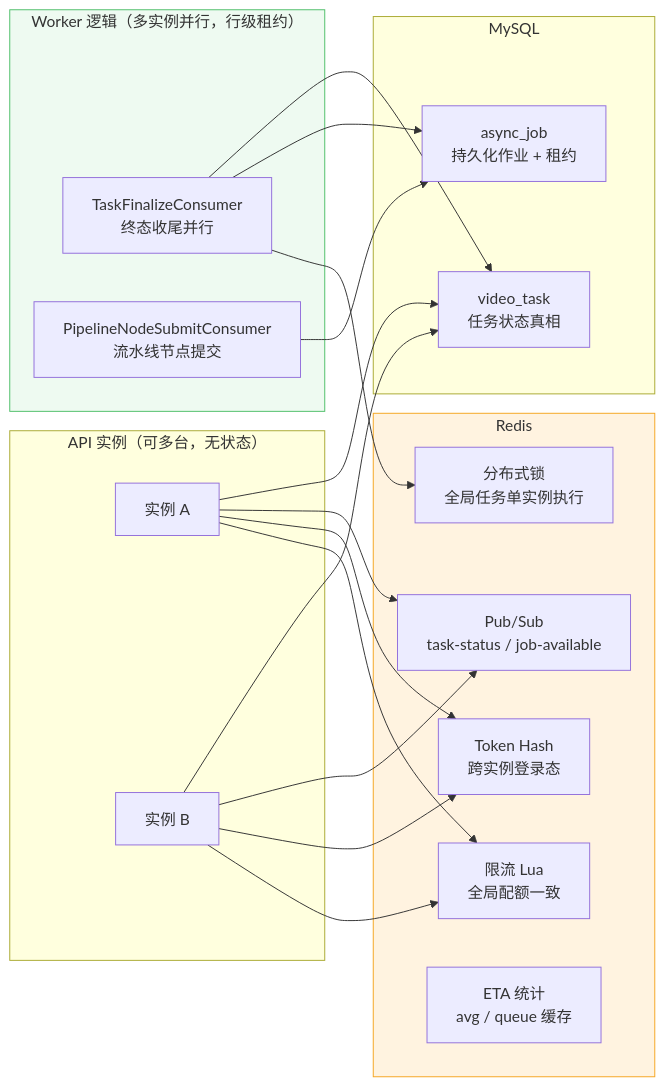
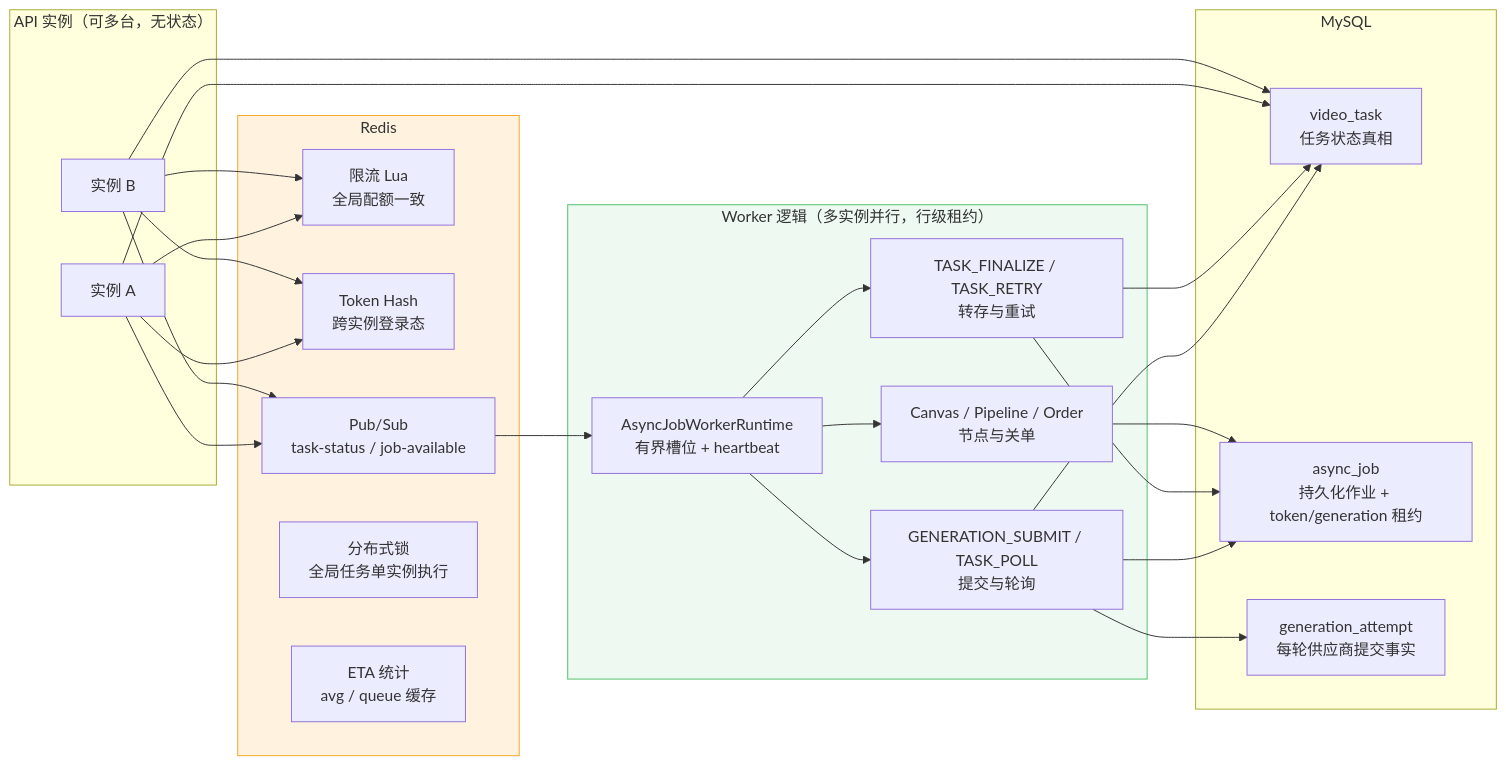
Before and after one commit to rain10200918/SeedanceGenarate: the third of 4 diagrams in README.md, drawn with Mermaid. The commit also changed other lines of this file and 3 other files, not shown here.

````diff
--- a/README.md
+++ b/README.md
@@ -202,41 +227,50 @@
 ```mermaid
 flowchart LR
     subgraph API["API 实例（可多台，无状态）"]
         A1["实例 A"]
         A2["实例 B"]
     end
 
     subgraph REDIS["Redis"]
         R1["限流 Lua<br/>全局配额一致"]
         R2["Token Hash<br/>跨实例登录态"]
         R3["Pub/Sub<br/>task-status / job-available"]
         R4["分布式锁<br/>全局任务单实例执行"]
         R5["ETA 统计<br/>avg / queue 缓存"]
     end
 
     subgraph WORKER["Worker 逻辑（多实例并行，行级租约）"]
-        W1["TaskFinalizeConsumer<br/>终态收尾并行"]
-        W2["PipelineNodeSubmitConsumer<br/>流水线节点提交"]
+        W0["AsyncJobWorkerRuntime<br/>有界槽位 + heartbeat"]
+        W1["GENERATION_SUBMIT / TASK_POLL<br/>提交与轮询"]
+        W2["TASK_FINALIZE / TASK_RETRY<br/>转存与重试"]
+        W3["Canvas / Pipeline / Order<br/>节点与关单"]
     end
 
     subgraph DB["MySQL"]
         D1["video_task<br/>任务状态真相"]
-        D2["async_job<br/>持久化作业 + 租约"]
+        D2["async_job<br/>持久化作业 + token/generation 租约"]
+        D3["generation_attempt<br/>每轮供应商提交事实"]
     end
 
     A1 --> R1
     A2 --> R1
     A1 --> R2
     A2 --> R2
     A1 --> R3
     A2 --> R3
-    W1 --> R4
+    R3 --> W0
+    W0 --> W1
+    W0 --> W2
+    W0 --> W3
     W1 --> D2
     W2 --> D2
+    W3 --> D2
     W1 --> D1
+    W1 --> D3
+    W2 --> D1
     A1 --> D1
     A2 --> D1
 
     style REDIS fill:#fff3e0,stroke:#f5a623
     style WORKER fill:#eefaf1,stroke:#4fbf6a
 ```
````
